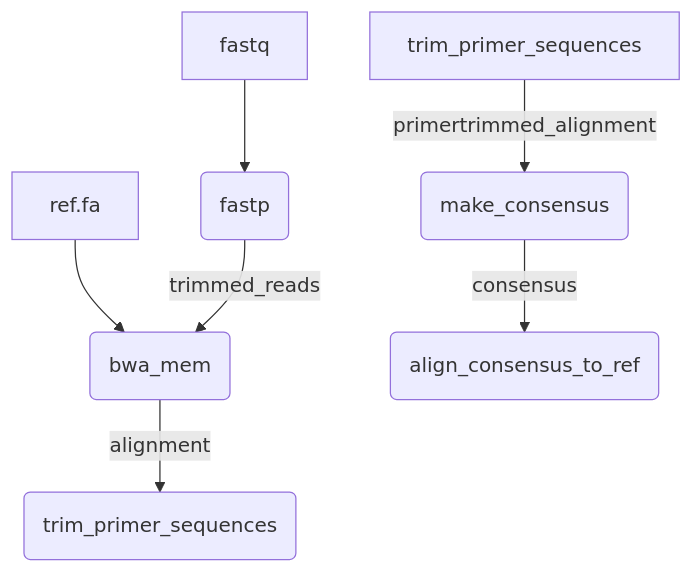
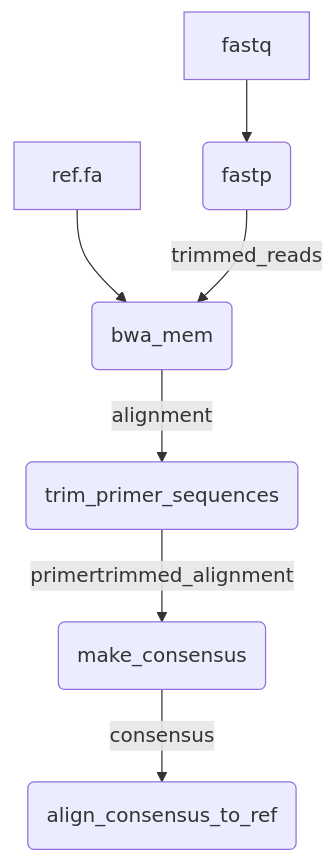
Before and after one commit to j3551ca/amplicon-consensus-syphilis: the diagram in README.md, drawn with Mermaid.

````diff
--- a/README.md
+++ b/README.md
@@ -3,11 +3,11 @@
 ```mermaid
 flowchart TD
   ref[ref.fa]
   fastq[fastq]
   fastq --> fastp(fastp)
   ref --> bwa(bwa_mem)
   fastp -- trimmed_reads --> bwa
   bwa -- alignment --> trim_primer_seqs(trim_primer_sequences)
-  trim_primer_sequences -- primertrimmed_alignment --> make_consensus(make_consensus)
+  trim_primer_seqs -- primertrimmed_alignment --> make_consensus(make_consensus)
   make_consensus -- consensus --> align_consensus_to_ref(align_consensus_to_ref)
 ```
````
